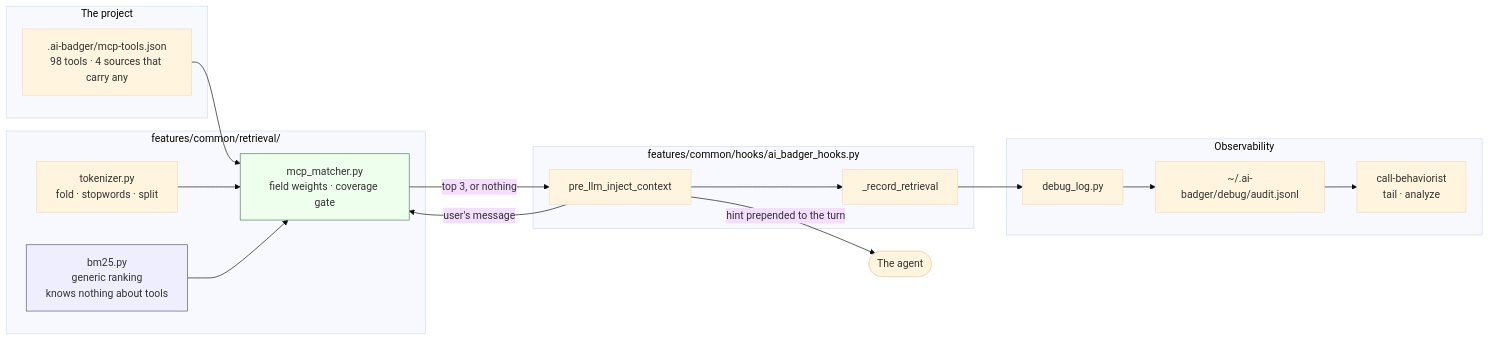
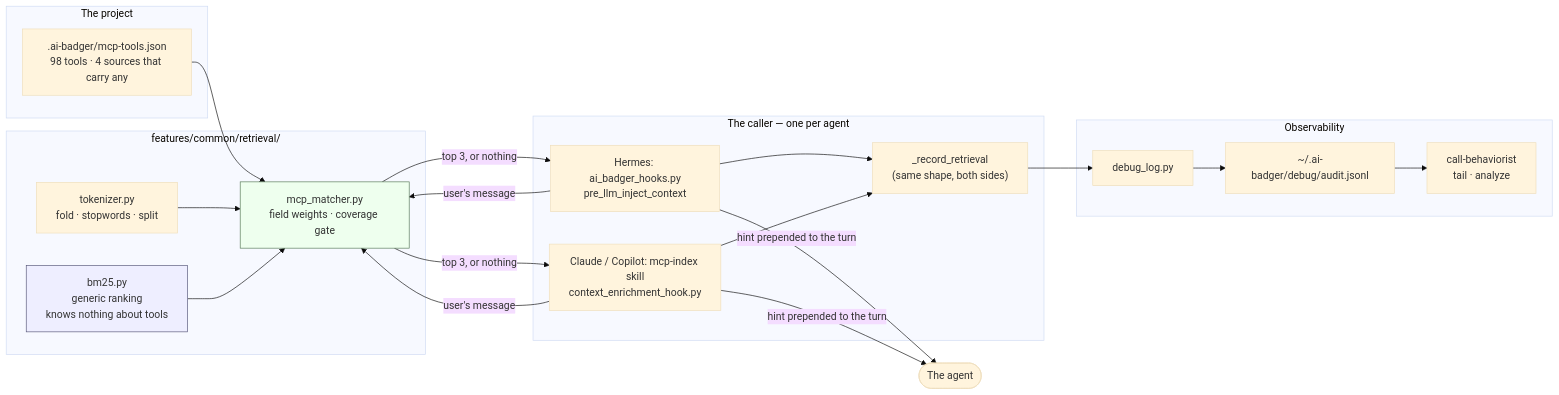
The first of 3 diagrams in docs/retrieval.md (Arasz/ai-badger), drawn with Mermaid (base theme) before and after one commit. The commit also changed other lines of this file and 48 other files, not shown here.

````diff
--- a/docs/retrieval.md
+++ b/docs/retrieval.md
@@ -46,34 +46,39 @@
 ```mermaid
 flowchart LR
     subgraph project["The project"]
         idx[".ai-badger/mcp-tools.json<br/>98 tools · 4 sources that carry any"]
     end
 
     subgraph retrieval["features/common/retrieval/"]
         tok["tokenizer.py<br/>fold · stopwords · split"]
         bm["bm25.py<br/>generic ranking<br/>knows nothing about tools"]
         mm["mcp_matcher.py<br/>field weights · coverage gate"]
     end
 
-    subgraph hook["features/common/hooks/ai_badger_hooks.py"]
-        enrich["pre_llm_inject_context"]
-        rec["_record_retrieval"]
+    subgraph hook["The caller — one per agent"]
+        enrich["Hermes: ai_badger_hooks.py<br/>pre_llm_inject_context"]
+        enrich2["Claude / Copilot: mcp-index skill<br/>context_enrichment_hook.py"]
+        rec["_record_retrieval<br/>(same shape, both sides)"]
     end
 
     subgraph obs["Observability"]
         dl["debug_log.py"]
         audit["~/.ai-badger/debug/audit.jsonl"]
         beh["call-behaviorist<br/>tail · analyze"]
     end
 
     idx --> mm
     tok --> mm
     bm --> mm
     enrich -- "user's message" --> mm
+    enrich2 -- "user's message" --> mm
     mm -- "top 3, or nothing" --> enrich
+    mm -- "top 3, or nothing" --> enrich2
     enrich -- "hint prepended to the turn" --> agent(["The agent"])
+    enrich2 -- "hint prepended to the turn" --> agent
     enrich --> rec --> dl --> audit --> beh
+    enrich2 --> rec
 
     style bm fill:#eef,stroke:#557
     style mm fill:#efe,stroke:#575
 ```
````
